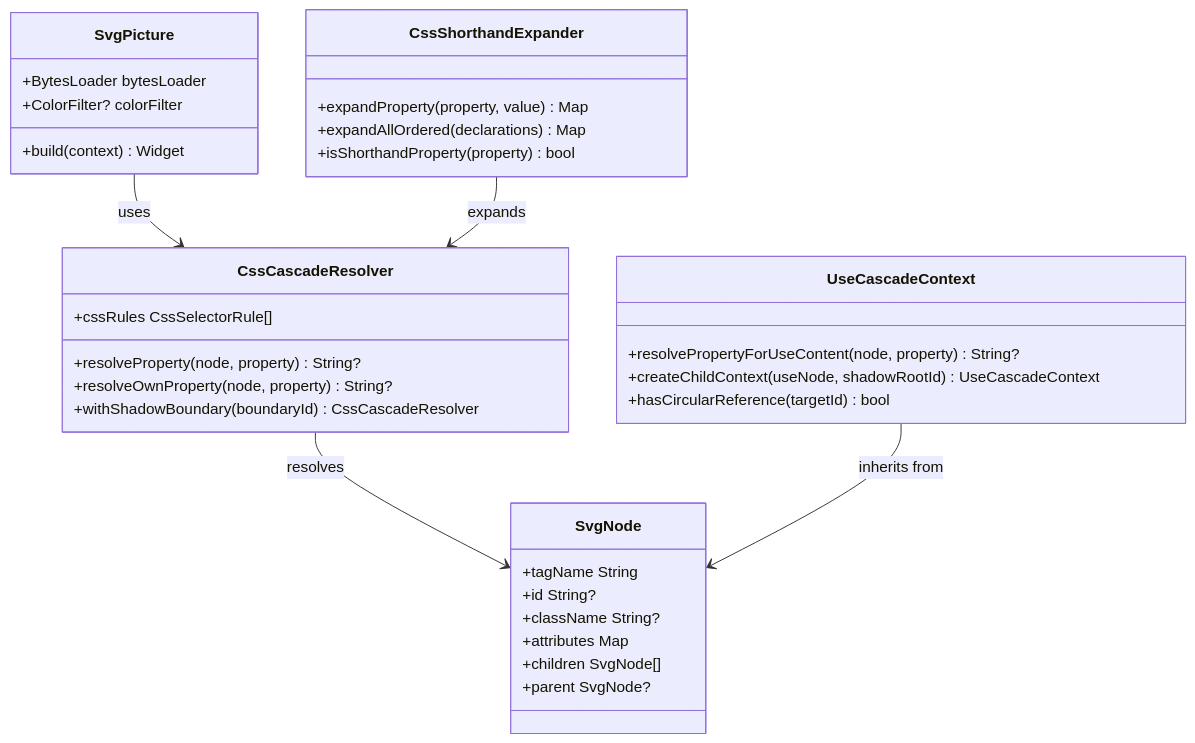
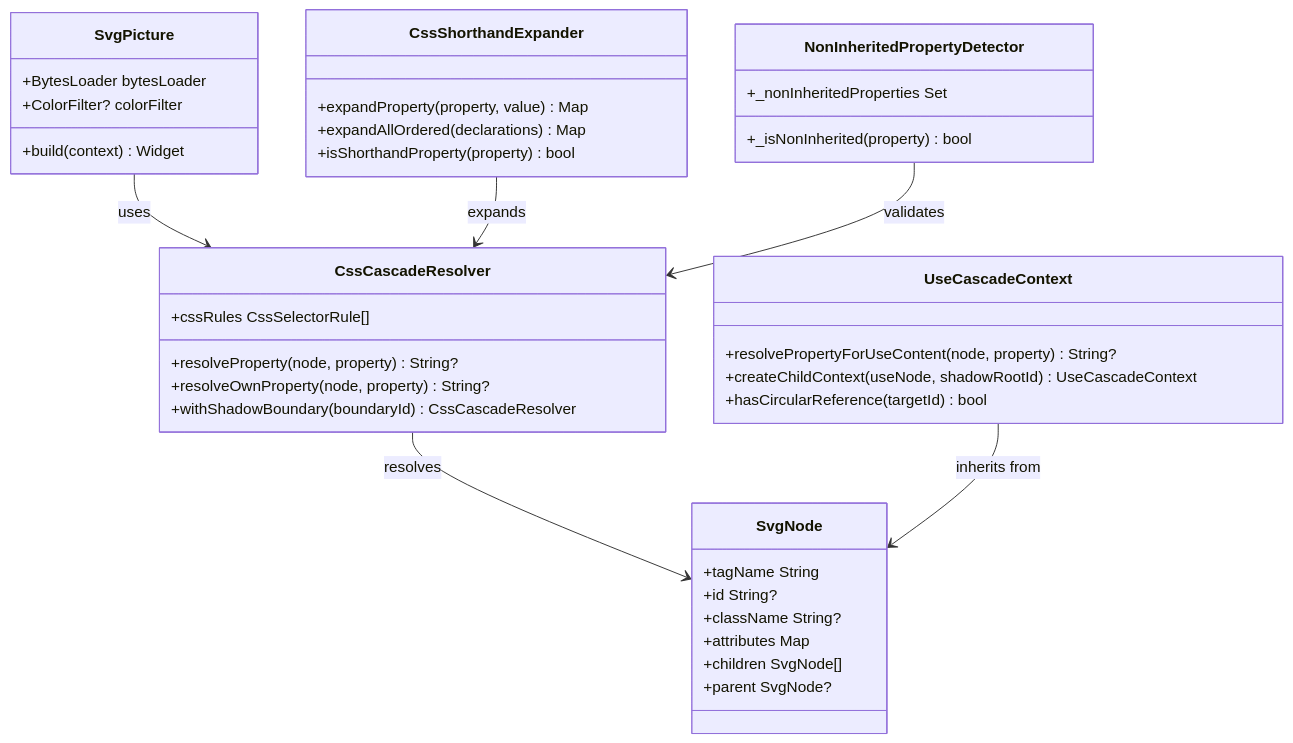
Before and after one commit to denisnadey/flutter_full_svg_support: the eighth of 8 diagrams in .qoder/repowiki/en/content/Animated SVG Support/Advanced Animation Features/Enhanced CSS Variables and Calculations/CSS Cascade System.md, drawn with Mermaid. The commit also changed other lines of this file and 629 other files, not shown here.

First line of the commit message:
feat(css-cascade): enhance non-inherited property handling and shadow DOM support

````diff
--- a/.qoder/repowiki/en/content/Animated SVG Support/Advanced Animation Features/Enhanced CSS Variables and Calculations/CSS Cascade System.md
+++ b/.qoder/repowiki/en/content/Animated SVG Support/Advanced Animation Features/Enhanced CSS Variables and Calculations/CSS Cascade System.md
@@ -498,36 +543,41 @@
 ```mermaid
 classDiagram
 class SvgPicture {
 +BytesLoader bytesLoader
 +ColorFilter? colorFilter
 +build(context) Widget
 }
 class CssCascadeResolver {
 +resolveProperty(node, property) String?
 +resolveOwnProperty(node, property) String?
 +cssRules CssSelectorRule[]
 +withShadowBoundary(boundaryId) CssCascadeResolver
 }
 class UseCascadeContext {
 +resolvePropertyForUseContent(node, property) String?
 +createChildContext(useNode, shadowRootId) UseCascadeContext
 +hasCircularReference(targetId) bool
 }
 class CssShorthandExpander {
 +expandProperty(property, value) Map
 +expandAllOrdered(declarations) Map
 +isShorthandProperty(property) bool
 }
 class SvgNode {
 +tagName String
 +id String?
 +className String?
 +attributes Map
 +children SvgNode[]
 +parent SvgNode?
 }
+class NonInheritedPropertyDetector {
++_nonInheritedProperties Set
++_isNonInherited(property) bool
+}
 SvgPicture --> CssCascadeResolver : uses
 CssCascadeResolver --> SvgNode : resolves
 UseCascadeContext --> SvgNode : inherits from
 CssShorthandExpander --> CssCascadeResolver : expands
+NonInheritedPropertyDetector --> CssCascadeResolver : validates
 ```
````
